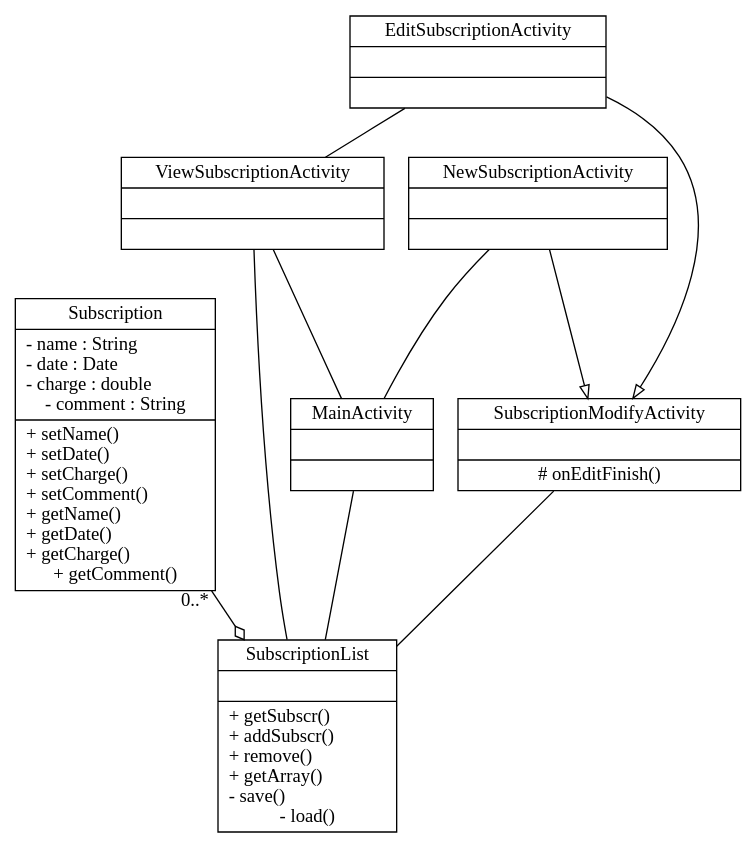
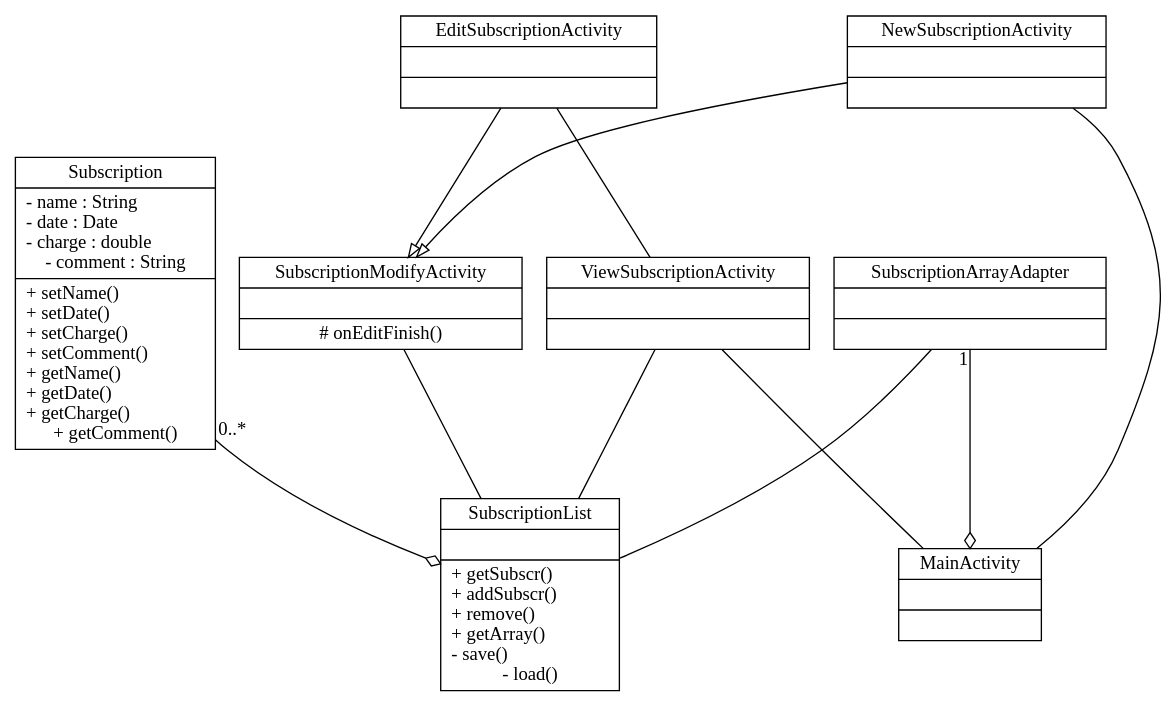
Before and after one commit to Petelliott/pelliott-SubBook: the diagram in uml-subbook.dot, drawn with Graphviz. The commit also changed 4 other files, not shown here.

Commit message:
added dates to references and changed some uml

```diff
--- a/uml-subbook.dot
+++ b/uml-subbook.dot
@@ -1,31 +1,34 @@
 digraph G {
     Subscription[
         shape=record
         label="{Subscription|- name : String\l- date : Date\l- charge : double\l- comment : String|+ setName()\l+ setDate()\l+ setCharge()\l+ setComment()\l+ getName()\l+ getDate()\l+ getCharge()\l+ getComment()}"
     ];
 
     SubscriptionList[
         shape=record
         label="{SubscriptionList||+ getSubscr()\l+ addSubscr()\l+ remove()\l+ getArray()\l- save()\l- load()}"
     ];
 
     Subscription->SubscriptionList[arrowhead="odiamond",taillabel = "0..*"];
 
     MainActivity[shape=record,label="{MainActivity||}"];
     ViewSubscriptionActivity[shape=record,label="{ViewSubscriptionActivity||}"];
     SubscriptionModifyActivity[shape=record,label="{SubscriptionModifyActivity||# onEditFinish()}"];
 
-    MainActivity->SubscriptionList[arrowhead="none"];
     ViewSubscriptionActivity->SubscriptionList[arrowhead="none"];
     ViewSubscriptionActivity->MainActivity[arrowhead="none"];
     SubscriptionModifyActivity->SubscriptionList[arrowhead="none"];
+
+    SubscriptionArrayAdapter[shape="record", label="{SubscriptionArrayAdapter||}"];
+    SubscriptionArrayAdapter->MainActivity[arrowhead="odiamond",taillabel="1"];
+    SubscriptionArrayAdapter->SubscriptionList[arrowhead="none"];
 
     EditSubscriptionActivity[shape=record,label="{EditSubscriptionActivity||}"];
     NewSubscriptionActivity[shape=record,label="{NewSubscriptionActivity||}"];
 
     EditSubscriptionActivity->SubscriptionModifyActivity[arrowhead="onormal"];
     NewSubscriptionActivity->SubscriptionModifyActivity[arrowhead="onormal"];
 
     NewSubscriptionActivity->MainActivity[arrowhead="none"];
     EditSubscriptionActivity->ViewSubscriptionActivity[arrowhead="none"];
 }
```
